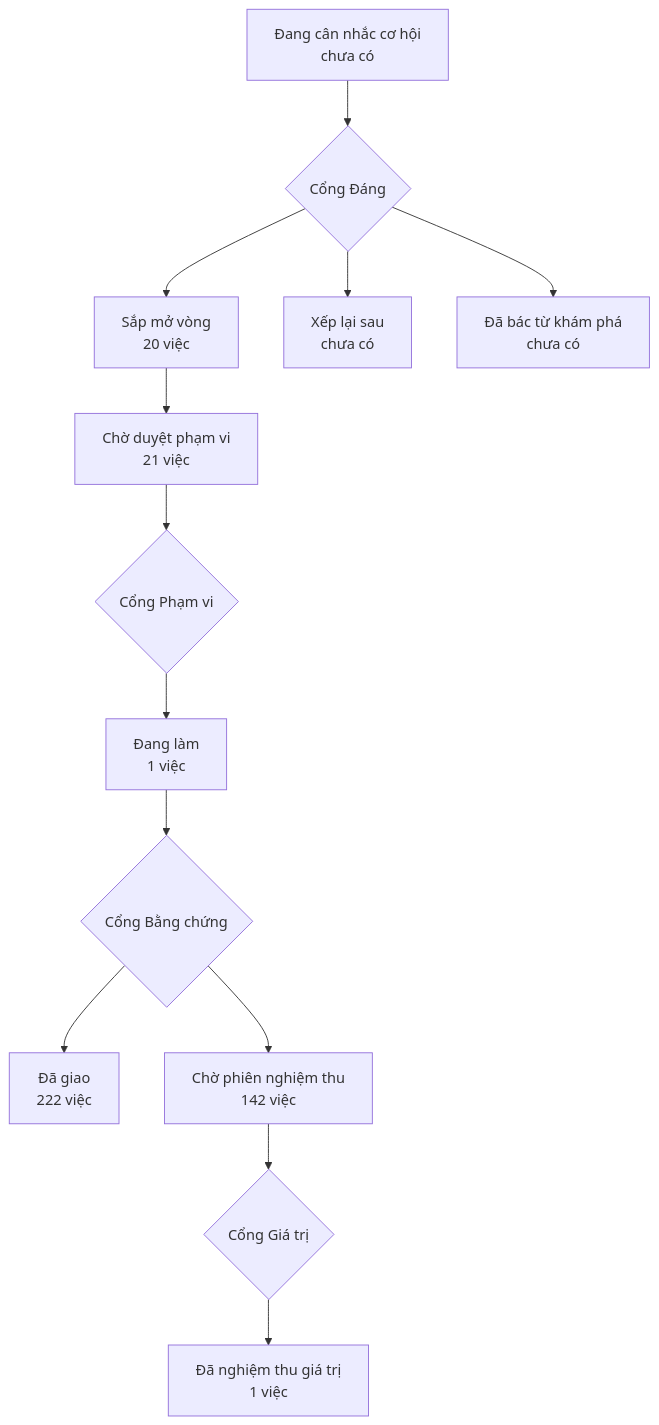
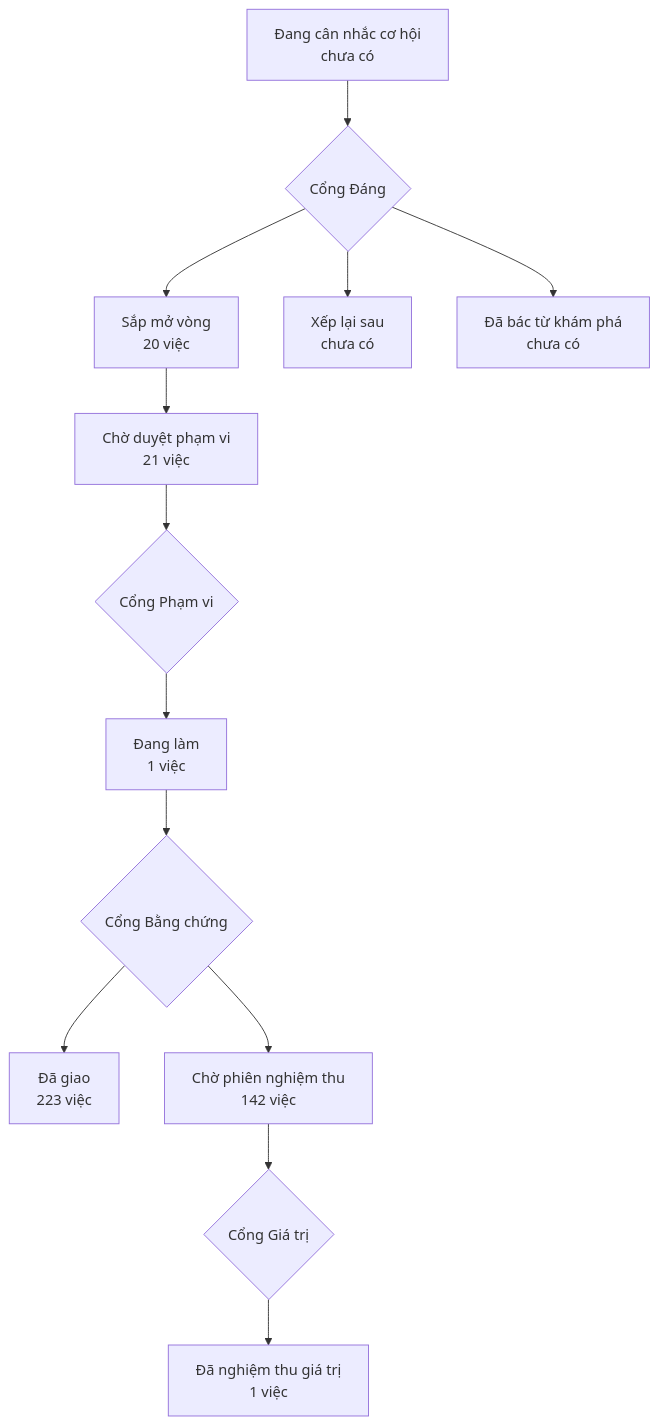
The diagram in PRODUCT-MAP.md (phanlemanh/onehub-invest), drawn with Mermaid before and after one commit. The commit also changed other lines of this file and 1 other file, not shown here.

Commit message:
chore(map): sinh lại PRODUCT-MAP, LO-TRINH sau khi gộp main 8aae9497c

````diff
--- a/PRODUCT-MAP.md
+++ b/PRODUCT-MAP.md
@@ -7,12 +7,12 @@
 ```mermaid
 flowchart TD
   A["Đang cân nhắc cơ hội<br/>chưa có"] --> GD{"Cổng Đáng"}
   GD --> B["Sắp mở vòng<br/>20 việc"]
   GD --> XL["Xếp lại sau<br/>chưa có"]
   GD --> DB["Đã bác từ khám phá<br/>chưa có"]
   B --> CD["Chờ duyệt phạm vi<br/>21 việc"] --> GP{"Cổng Phạm vi"}
   GP --> DL["Đang làm<br/>1 việc"] --> GB{"Cổng Bằng chứng"}
-  GB --> DG["Đã giao<br/>222 việc"]
+  GB --> DG["Đã giao<br/>223 việc"]
   GB --> CN["Chờ phiên nghiệm thu<br/>142 việc"] --> GG{"Cổng Giá trị"}
   GG --> NT["Đã nghiệm thu giá trị<br/>1 việc"]
 ```
````
